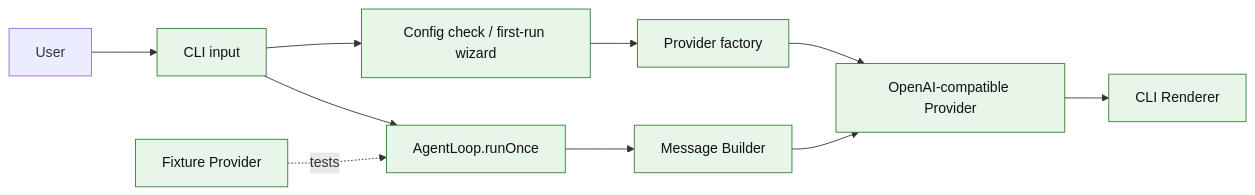
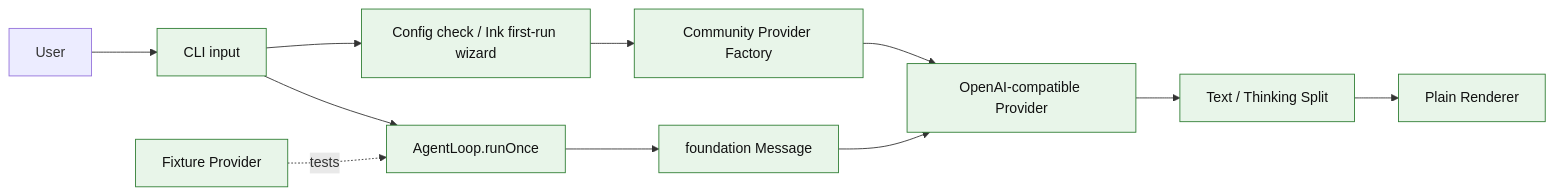
Before and after one commit to 1330482928/kai-code-agent: the diagram in code-agent-roadmap/architecture/diagrams/stage-01.md, drawn with Mermaid. The commit also changed 41 other files, not shown here.

Commit message:
docs(roadmap): refresh staged agent roadmap

````diff
--- a/code-agent-roadmap/architecture/diagrams/stage-01.md
+++ b/code-agent-roadmap/architecture/diagrams/stage-01.md
@@ -3,16 +3,17 @@
 ```mermaid
 flowchart LR
   U["User"] --> C["CLI input"]
-  C --> CFG["Config check / first-run wizard"]
-  CFG --> F["Provider factory"]
+  C --> CFG["Config check / Ink first-run wizard"]
+  CFG --> F["Community Provider Factory"]
   C --> L["AgentLoop.runOnce"]
-  L --> M["Message Builder"]
+  L --> M["foundation Message"]
   M --> P["OpenAI-compatible Provider"]
   F --> P
-  P --> R["CLI Renderer"]
+  P --> Split["Text / Thinking Split"]
+  Split --> R["Plain Renderer"]
   FX["Fixture Provider"] -. tests .-> L
 
   classDef new fill:#e8f5e9,stroke:#2e7d32,color:#111;
   classDef future fill:#f3f4f6,stroke:#9ca3af,color:#374151;
-  class C,CFG,F,L,M,P,R,FX new;
+  class C,CFG,F,L,M,P,Split,R,FX new;
 ```
````
